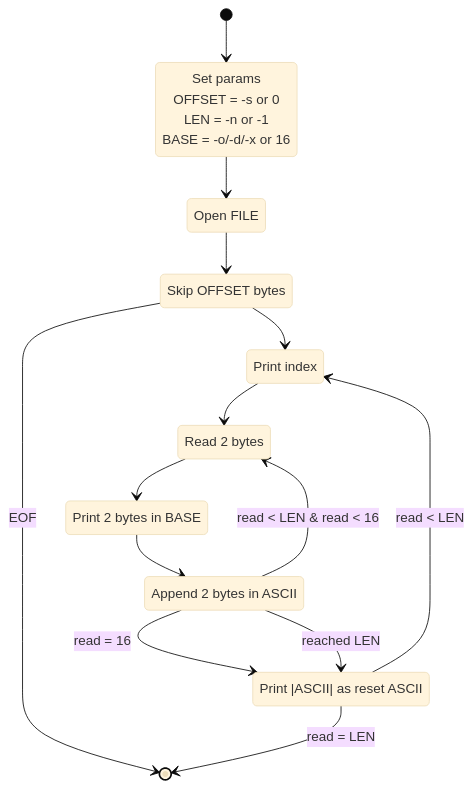
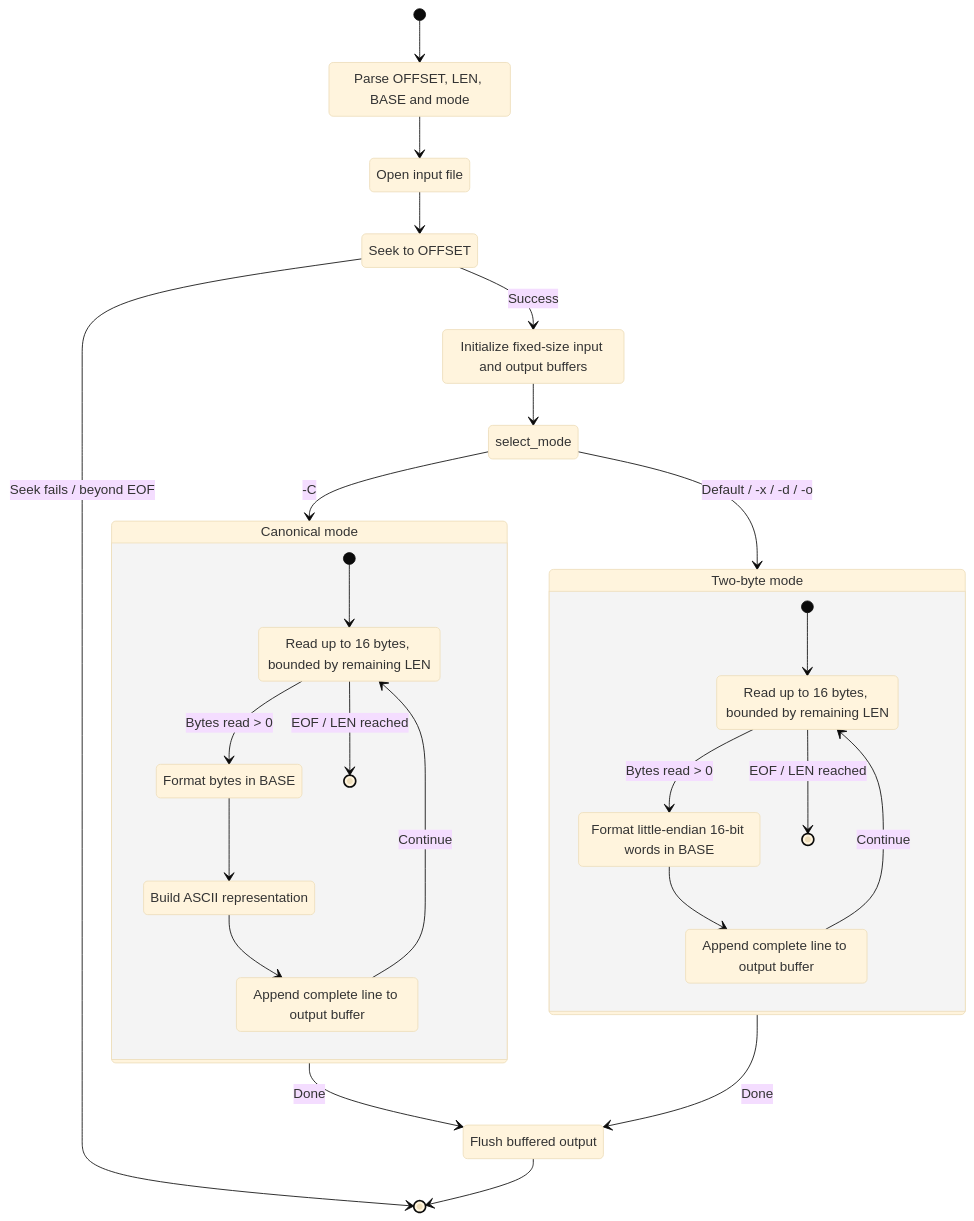
The diagram in README.md (Axel-NCHO/hexdumper), drawn with Mermaid (base theme) before and after one commit. The commit also changed other lines of this file and 1 other file, not shown here.

Commit message:
Update README + add comments

````diff
--- a/README.md
+++ b/README.md
@@ -32,28 +26,47 @@
 ```mermaid
+
 stateDiagram-v2
-    [*] --> set_params
-    set_params --> open_file
-    open_file --> skip_bytes
-    skip_bytes --> [*] : EOF
-    skip_bytes --> print_index
-    print_index --> read_2_bytes
-    read_2_bytes --> print_2_bytes_in_base
-    print_2_bytes_in_base --> append_2_bytes_in_ascii
-    append_2_bytes_in_ascii --> print_ascii : read = 16
-    append_2_bytes_in_ascii --> print_ascii : reached LEN
-    append_2_bytes_in_ascii --> read_2_bytes : read < LEN & read < 16
-    print_ascii --> print_index : read < LEN
-    print_ascii --> [*] : read = LEN
-    
-state "Set params
-       OFFSET = -s or 0
-       LEN = -n or -1
-       BASE = -o/-d/-x or 16 " as set_params
-state "Open FILE" as open_file
-state "Skip OFFSET bytes" as skip_bytes
-state "Print index" as print_index
-state "Read 2 bytes" as read_2_bytes
-state "Print 2 bytes in BASE" as print_2_bytes_in_base
-state "Append 2 bytes in ASCII" as append_2_bytes_in_ascii
-state "Print |ASCII| as reset ASCII" as print_ascii
+  [*] --> set_params
+  set_params --> open_file
+  open_file --> seek_offset
+  seek_offset --> [*] : Seek fails / beyond EOF
+  seek_offset --> init_buffers : Success
+
+  init_buffers --> select_mode
+  select_mode --> canonical : -C
+  select_mode --> two_bytes : Default / -x / -d / -o
+
+  state "Canonical mode" as canonical {
+      [*] --> read_chunk_c
+      read_chunk_c --> format_bytes : Bytes read > 0
+      read_chunk_c --> [*] : EOF / LEN reached
+      format_bytes --> format_ascii
+      format_ascii --> write_line_c
+      write_line_c --> read_chunk_c : Continue
+  }
+
+  state "Two-byte mode" as two_bytes {
+      [*] --> read_chunk_2
+      read_chunk_2 --> format_words : Bytes read > 0
+      read_chunk_2 --> [*] : EOF / LEN reached
+      format_words --> write_line_2
+      write_line_2 --> read_chunk_2 : Continue
+  }
+
+  canonical --> flush_output : Done
+  two_bytes --> flush_output : Done
+  flush_output --> [*]
+
+  state "Parse OFFSET, LEN, BASE and mode" as set_params
+  state "Open input file" as open_file
+  state "Seek to OFFSET" as seek_offset
+  state "Initialize fixed-size input and output buffers" as init_buffers
+  state "Read up to 16 bytes, bounded by remaining LEN" as read_chunk_c
+  state "Format bytes in BASE" as format_bytes
+  state "Build ASCII representation" as format_ascii
+  state "Append complete line to output buffer" as write_line_c
+  state "Read up to 16 bytes, bounded by remaining LEN" as read_chunk_2
+  state "Format little-endian 16-bit words in BASE" as format_words
+  state "Append complete line to output buffer" as write_line_2
+  state "Flush buffered output" as flush_output
 ```
````
